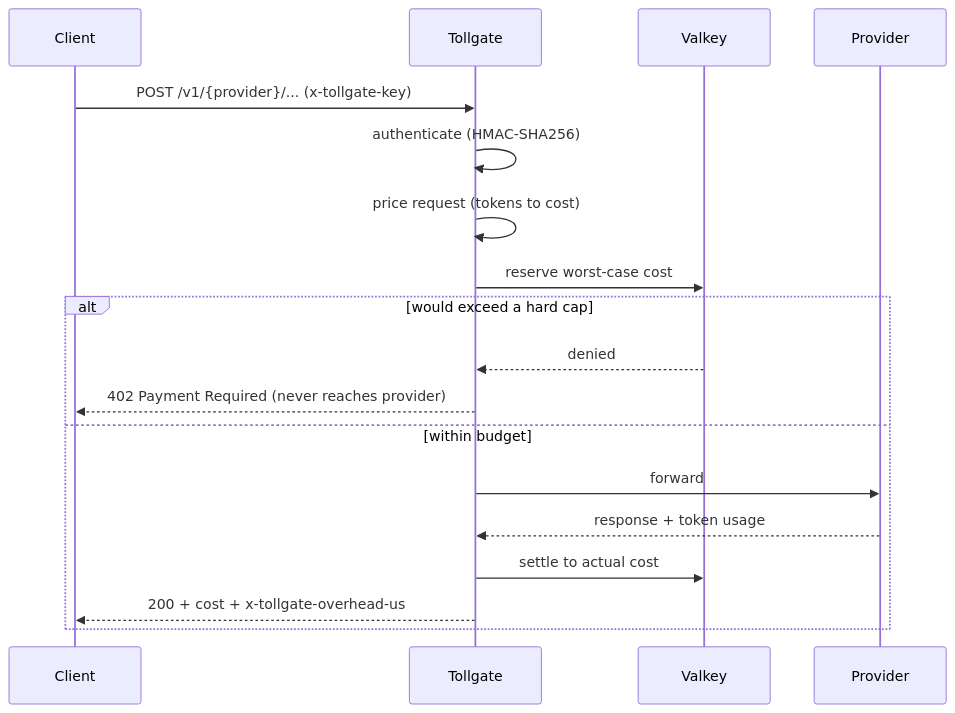
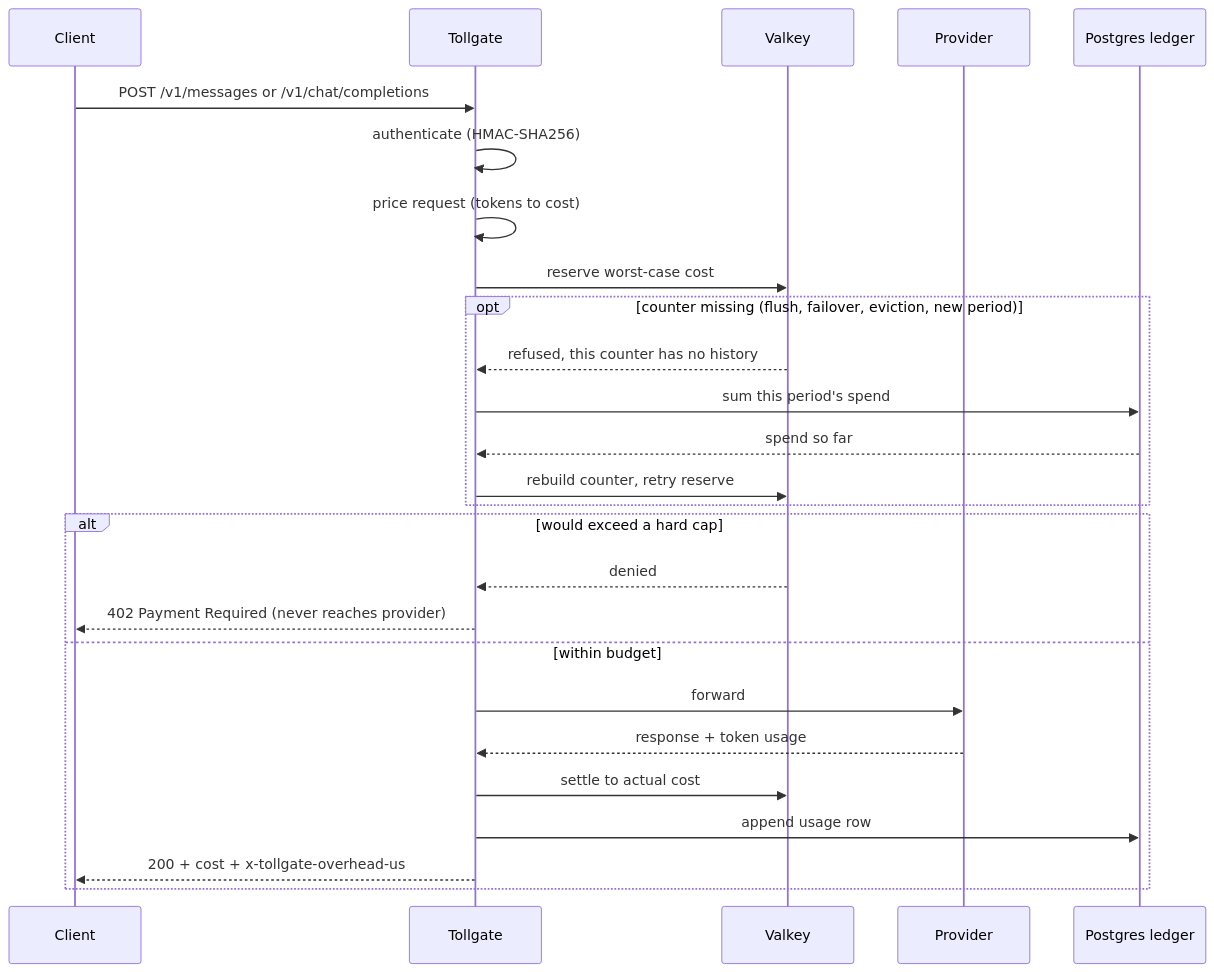
One commit to sakura-sky/tollgate changed the second of 2 diagrams in README.md. Above: the diagram before and after it, drawn with Mermaid. The commit also changed other lines of this file and 19 other files, not shown here.

First line of the commit message:
Rebuild a lost budget counter, and stop the docs overpromising

````diff
--- a/README.md
+++ b/README.md
@@ -34,20 +39,28 @@
 ```mermaid
 sequenceDiagram
   participant C as Client
   participant T as Tollgate
   participant V as Valkey
   participant P as Provider
-  C->>T: POST /v1/{provider}/... (x-tollgate-key)
+  participant L as Postgres ledger
+  C->>T: POST /v1/messages or /v1/chat/completions
   T->>T: authenticate (HMAC-SHA256)
   T->>T: price request (tokens to cost)
   T->>V: reserve worst-case cost
+  opt counter missing (flush, failover, eviction, new period)
+    V-->>T: refused, this counter has no history
+    T->>L: sum this period's spend
+    L-->>T: spend so far
+    T->>V: rebuild counter, retry reserve
+  end
   alt would exceed a hard cap
     V-->>T: denied
     T-->>C: 402 Payment Required (never reaches provider)
   else within budget
     T->>P: forward
     P-->>T: response + token usage
     T->>V: settle to actual cost
+    T->>L: append usage row
     T-->>C: 200 + cost + x-tollgate-overhead-us
   end
 ```
````
